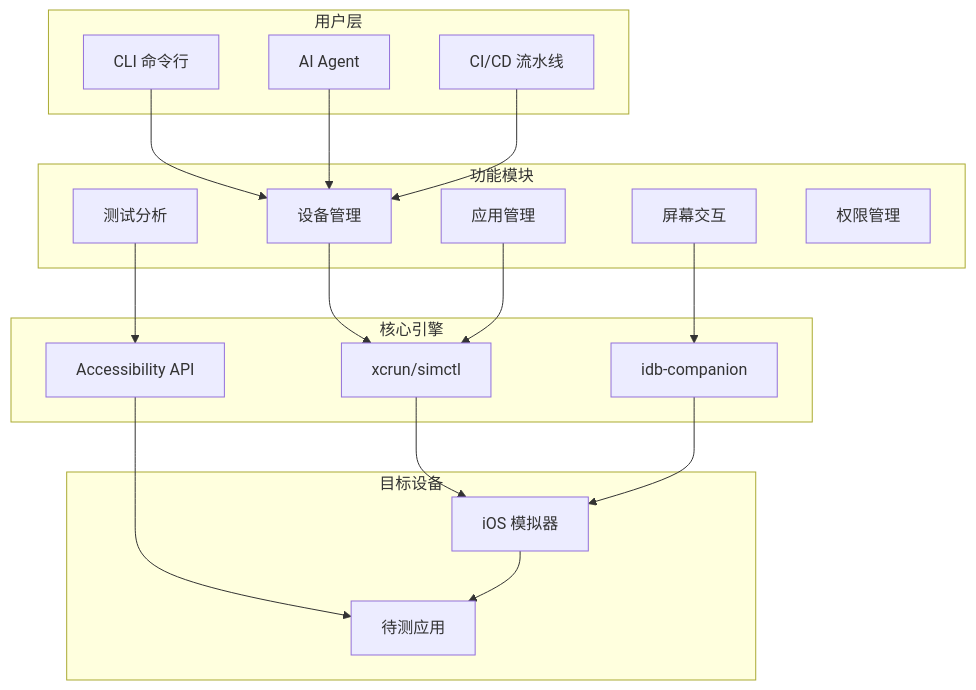
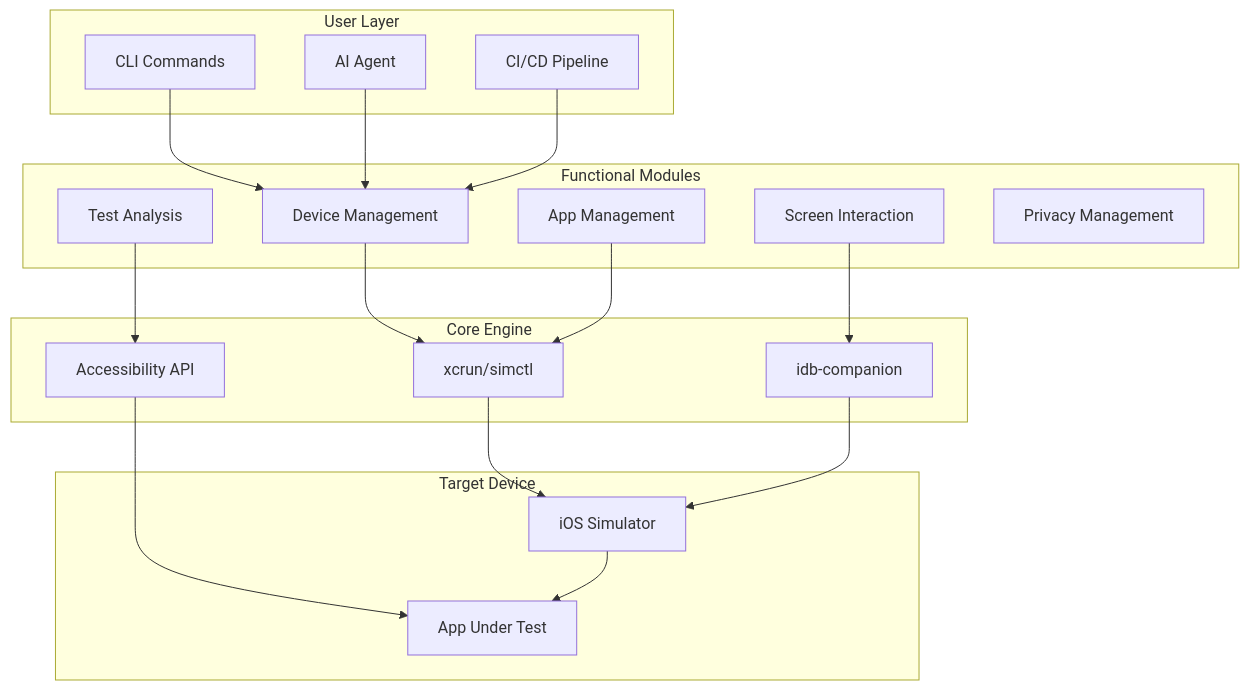
The diagram in README.md (BOMBFUOCK/opencode-ios-simulator), drawn with Mermaid before and after one commit. The commit also changed other lines of this file and 1 other file, not shown here.

````diff
--- a/README.md
+++ b/README.md
@@ -71,42 +71,42 @@
 ```mermaid
 graph TB
-    subgraph 用户层
-        CLI[CLI 命令行]
+    subgraph User Layer
+        CLI[CLI Commands]
         AI[AI Agent]
-        CI[CI/CD 流水线]
+        CI[CI/CD Pipeline]
     end
     
-    subgraph 核心引擎
+    subgraph Core Engine
         XCMD[xcrun/simctl]
         IDB[idb-companion]
         AX[Accessibility API]
     end
     
-    subgraph 功能模块
-        DM[设备管理]
-        AM[应用管理]
-        SI[屏幕交互]
-        TA[测试分析]
-        PM[权限管理]
+    subgraph Functional Modules
+        DM[Device Management]
+        AM[App Management]
+        SI[Screen Interaction]
+        TA[Test Analysis]
+        PM[Privacy Management]
     end
     
-    subgraph 目标设备
-        SIM[iOS 模拟器]
-        APP[待测应用]
+    subgraph Target Device
+        SIM[iOS Simulator]
+        APP[App Under Test]
     end
     
     CLI --> DM
     AI --> DM
     CI --> DM
     
     DM --> XCMD
     AM --> XCMD
     SI --> IDB
     TA --> AX
     
     XCMD --> SIM
     IDB --> SIM
     AX --> APP
     
     SIM --> APP
 ```
````
